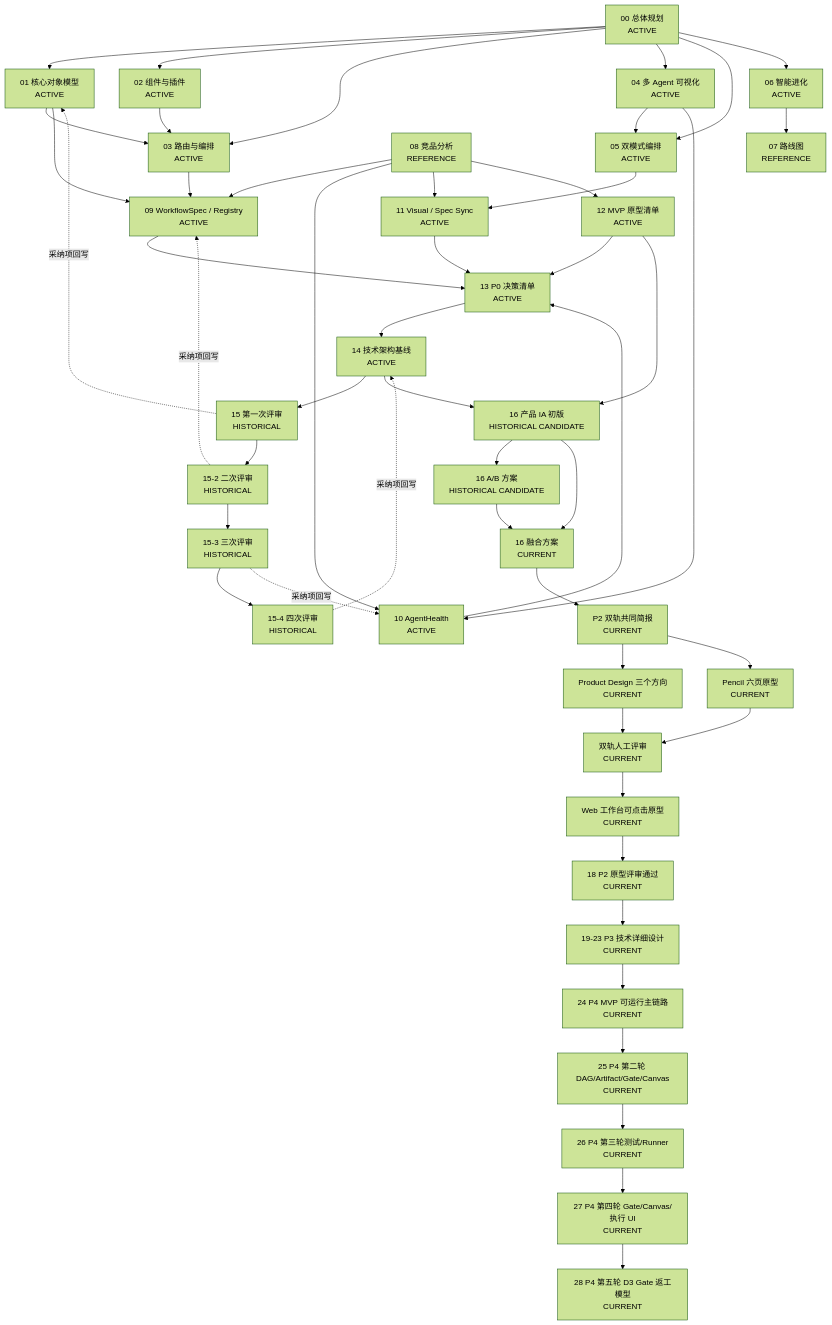
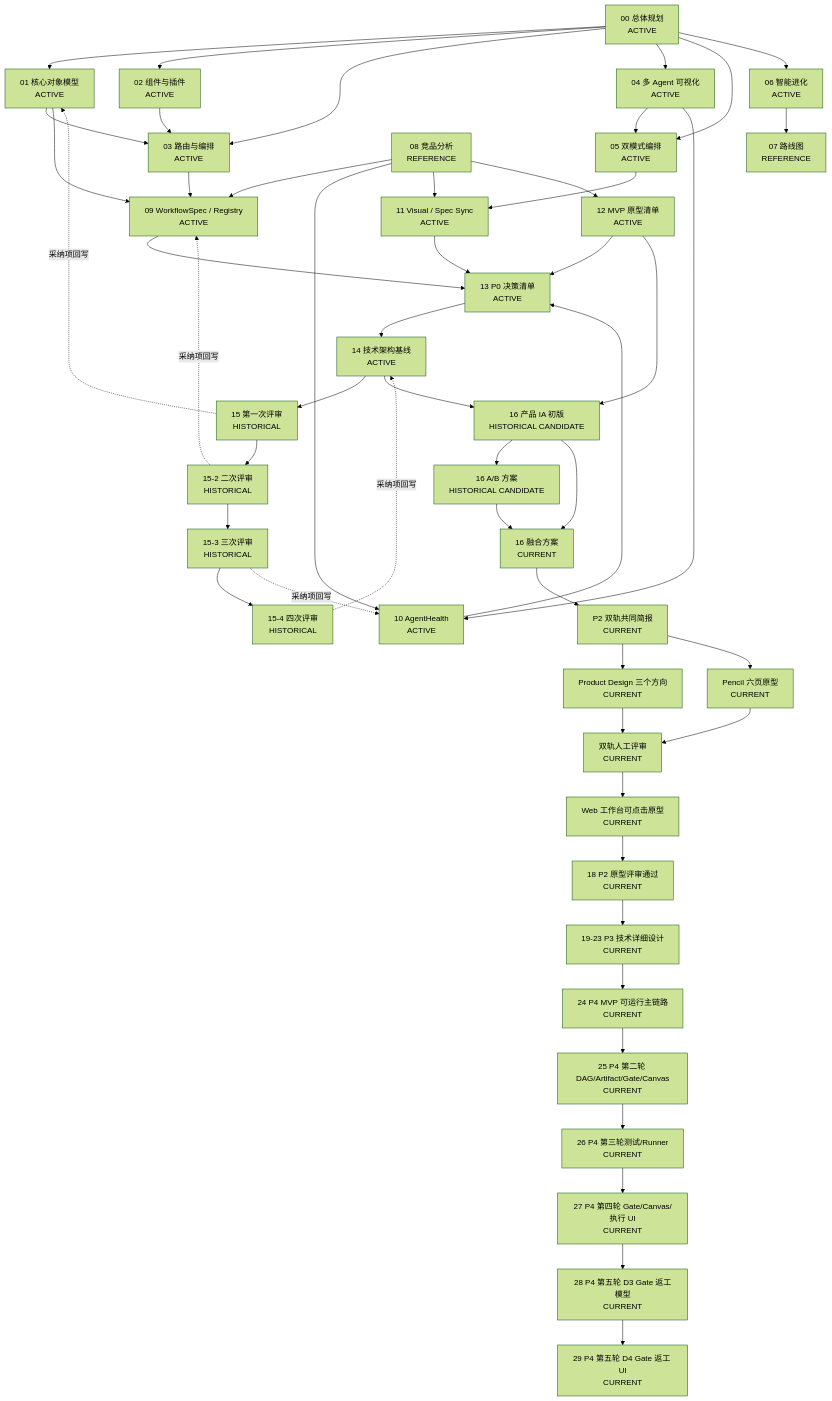
Before and after one commit to haozhangyue/miracle-agent: the diagram in 17_文档资产关联与AI阅读导航.md, drawn with Mermaid (forest theme). The commit also changed other lines of this file and 8 other files, not shown here.

````diff
--- a/17_文档资产关联与AI阅读导航.md
+++ b/17_文档资产关联与AI阅读导航.md
@@ -78,70 +78,71 @@
 ```mermaid
 flowchart TD
   P00["00 总体规划<br/>ACTIVE"]
   P01["01 核心对象模型<br/>ACTIVE"]
   P02["02 组件与插件<br/>ACTIVE"]
   P03["03 路由与编排<br/>ACTIVE"]
   P04["04 多 Agent 可视化<br/>ACTIVE"]
   P05["05 双模式编排<br/>ACTIVE"]
   P06["06 智能进化<br/>ACTIVE"]
   P07["07 路线图<br/>REFERENCE"]
 
   P00 --> P01
   P00 --> P02
   P00 --> P03
   P00 --> P04
   P00 --> P05
   P00 --> P06
   P01 --> P03
   P02 --> P03
   P04 --> P05
   P06 --> P07
 
   P08["08 竞品分析<br/>REFERENCE"]
   P08 --> P09["09 WorkflowSpec / Registry<br/>ACTIVE"]
   P08 --> P10["10 AgentHealth<br/>ACTIVE"]
   P08 --> P11["11 Visual / Spec Sync<br/>ACTIVE"]
   P08 --> P12["12 MVP 原型清单<br/>ACTIVE"]
 
   P01 --> P09
   P03 --> P09
   P04 --> P10
   P05 --> P11
 
   P09 --> P13["13 P0 决策清单<br/>ACTIVE"]
   P10 --> P13
   P11 --> P13
   P12 --> P13
 
   P13 --> P14["14 技术架构基线<br/>ACTIVE"]
 
   P14 --> R1["15 第一次评审<br/>HISTORICAL"]
   R1 --> R2["15-2 二次评审<br/>HISTORICAL"]
   R2 --> R3["15-3 三次评审<br/>HISTORICAL"]
   R3 --> R4["15-4 四次评审<br/>HISTORICAL"]
 
   R1 -.采纳项回写.-> P01
   R2 -.采纳项回写.-> P09
   R3 -.采纳项回写.-> P10
   R4 -.采纳项回写.-> P14
 
   P14 --> IA1["16 产品 IA 初版<br/>HISTORICAL CANDIDATE"]
   P12 --> IA1
   IA1 --> IAB["16 A/B 方案<br/>HISTORICAL CANDIDATE"]
   IA1 --> IAF["16 融合方案<br/>CURRENT"]
   IAB --> IAF
 
   IAF --> Brief["P2 双轨共同简报<br/>CURRENT"]
   Brief --> PD["Product Design 三个方向<br/>CURRENT"]
   Brief --> Pencil["Pencil 六页原型<br/>CURRENT"]
   PD --> Review["双轨人工评审<br/>CURRENT"]
   Pencil --> Review
   Review --> Fusion["Web 工作台可点击原型<br/>CURRENT"]
   Fusion --> P18["18 P2 原型评审通过<br/>CURRENT"]
   P18 --> P3["19-23 P3 技术详细设计<br/>CURRENT"]
   P3 --> P4["24 P4 MVP 可运行主链路<br/>CURRENT"]
   P4 --> P4B["25 P4 第二轮 DAG/Artifact/Gate/Canvas<br/>CURRENT"]
   P4B --> P4C["26 P4 第三轮测试/Runner<br/>CURRENT"]
   P4C --> P4D["27 P4 第四轮 Gate/Canvas/执行 UI<br/>CURRENT"]
   P4D --> P4E["28 P4 第五轮 D3 Gate 返工模型<br/>CURRENT"]
+  P4E --> P4F["29 P4 第五轮 D4 Gate 返工 UI<br/>CURRENT"]
 ```
````
